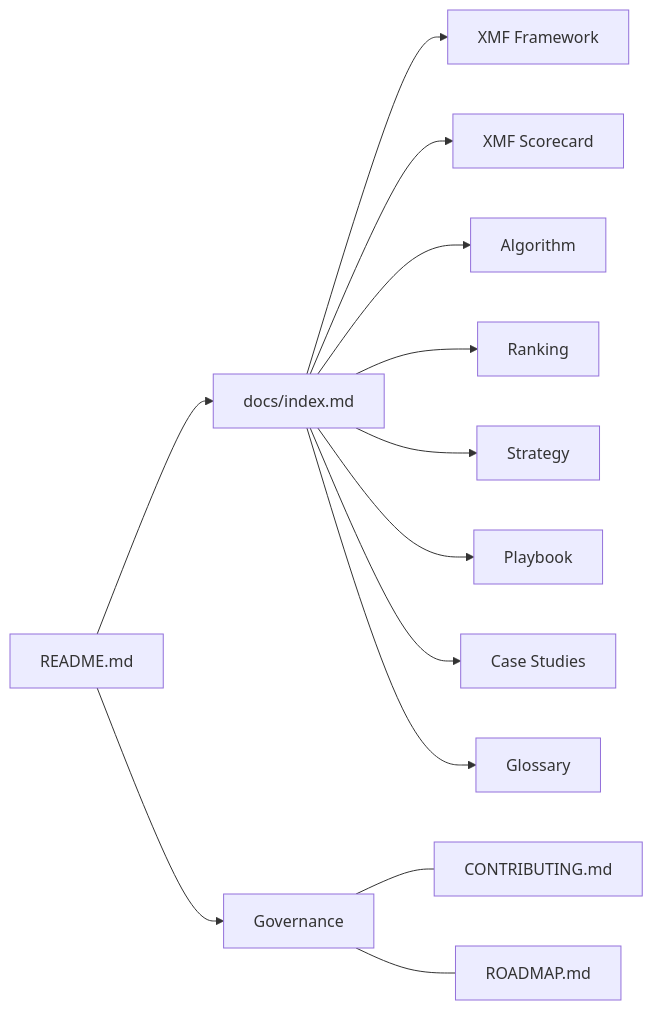
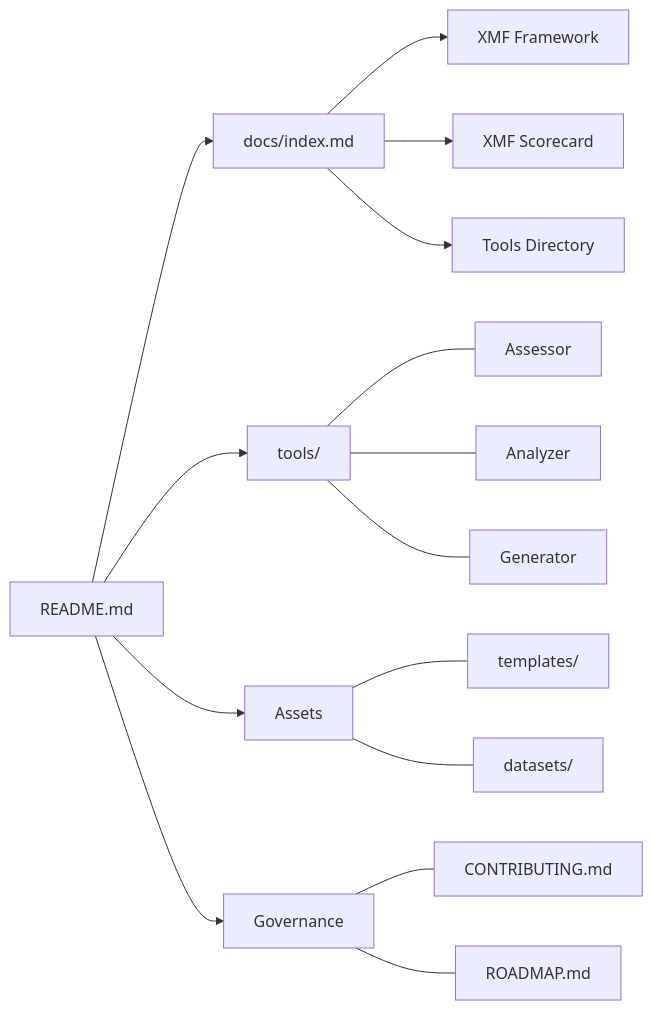
The second of 2 diagrams in README.md (Hustlenix/X-growth-lab), drawn with Mermaid before and after one commit. The commit also changed other lines of this file and 20 other files, not shown here.

````diff
--- a/README.md
+++ b/README.md
@@ -70,16 +71,20 @@
 ```mermaid
 graph LR
     Root[README.md] --> Docs[docs/index.md]
     Docs --> Guide0[XMF Framework]
     Docs --> GuideX[XMF Scorecard]
-    Docs --> Guide1[Algorithm]
-    Docs --> Guide2[Ranking]
-    Docs --> Guide3[Strategy]
-    Docs --> Guide4[Playbook]
-    Docs --> Guide5[Case Studies]
-    Docs --> Guide6[Glossary]
+    Docs --> Tools[Tools Directory]
+
+    Root --> Toolkit[tools/]
+    Toolkit --- T1[Assessor]
+    Toolkit --- T2[Analyzer]
+    Toolkit --- T3[Generator]
+
+    Root --> Assets[Assets]
+    Assets --- A1[templates/]
+    Assets --- A2[datasets/]
 
     Root --> Gov[Governance]
     Gov --- G1[CONTRIBUTING.md]
     Gov --- G2[ROADMAP.md]
 ```
````
